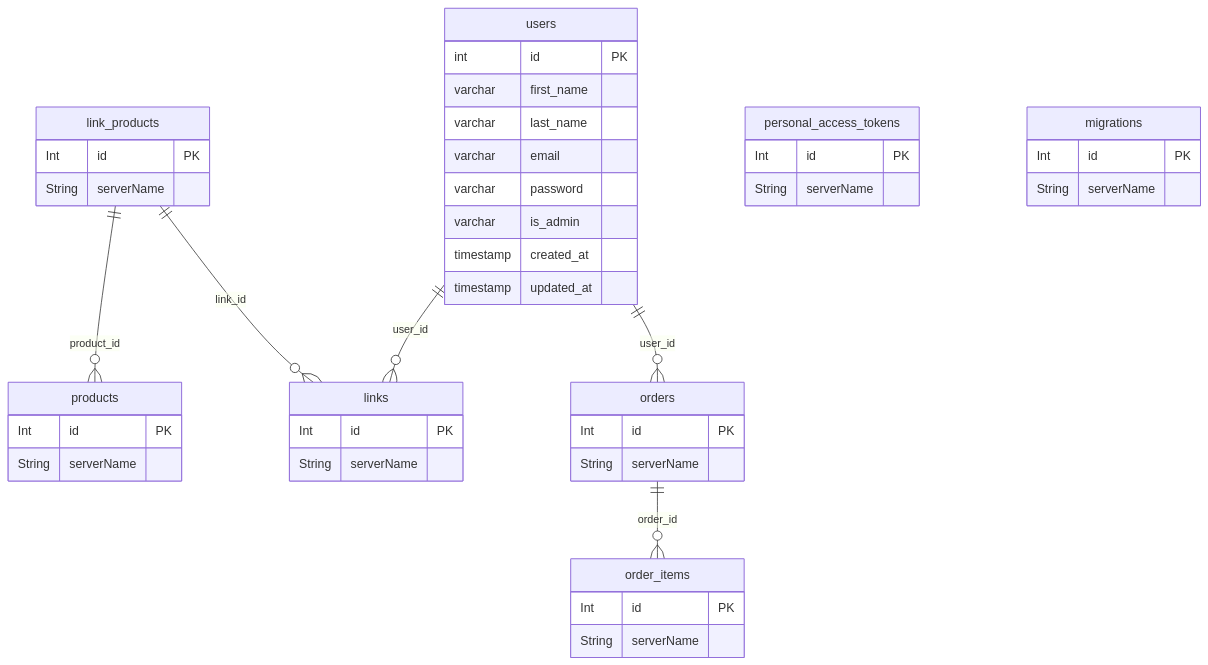
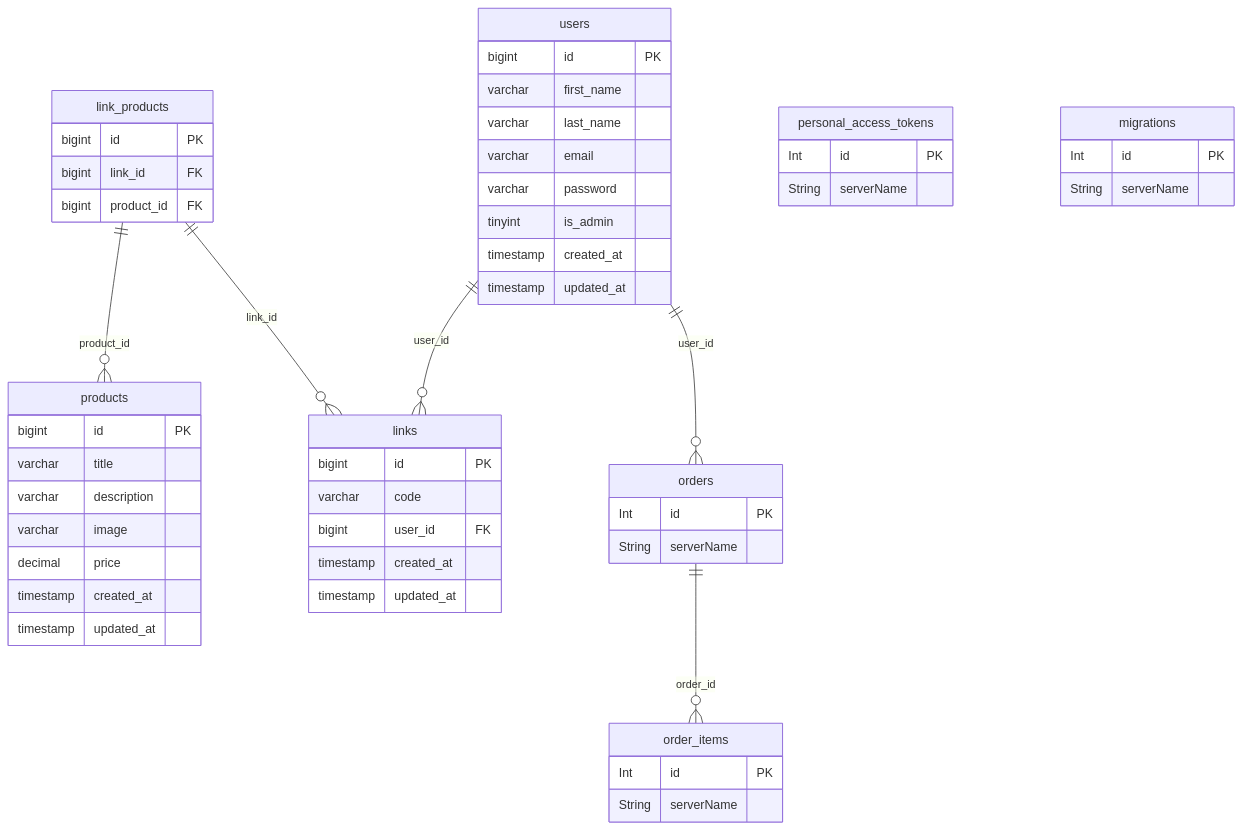
The diagram in README.md (devkiloton/laravel-ambassador), drawn with Mermaid before and after one commit.

Commit message:
Adding more tables

````diff
--- a/README.md
+++ b/README.md
@@ -39,54 +39,63 @@
 ```mermaid
 erDiagram
     users {
-        int id PK
+        bigint id PK
         varchar first_name
         varchar last_name
         varchar email
         varchar password
-        varchar is_admin
+        tinyint is_admin
         timestamp created_at
         timestamp updated_at
     }
 
     links {
-        Int id PK
-        String serverName
+        bigint id PK
+        varchar code
+        bigint user_id FK
+        timestamp created_at
+        timestamp updated_at
     }
     
     link_products {
-        Int id PK
-        String serverName
+        bigint id PK
+        bigint link_id FK
+        bigint product_id FK
     }
 
     products {
-        Int id PK
-        String serverName
+        bigint id PK
+        varchar title
+        varchar description
+        varchar image
+        decimal price
+        timestamp created_at
+        timestamp updated_at
     }
     
     orders {
         Int id PK
         String serverName
     }
 
     order_items {
         Int id PK
         String serverName
     }
     
     personal_access_tokens {
         Int id PK
         String serverName
     }
 
     migrations {
         Int id PK
         String serverName
     }
 
     orders ||--o{ order_items : order_id
     link_products ||--o{ products : product_id
     link_products ||--o{ links: link_id
     users ||--o{ links : user_id
     users ||--o{ orders : user_id
 ```
````
